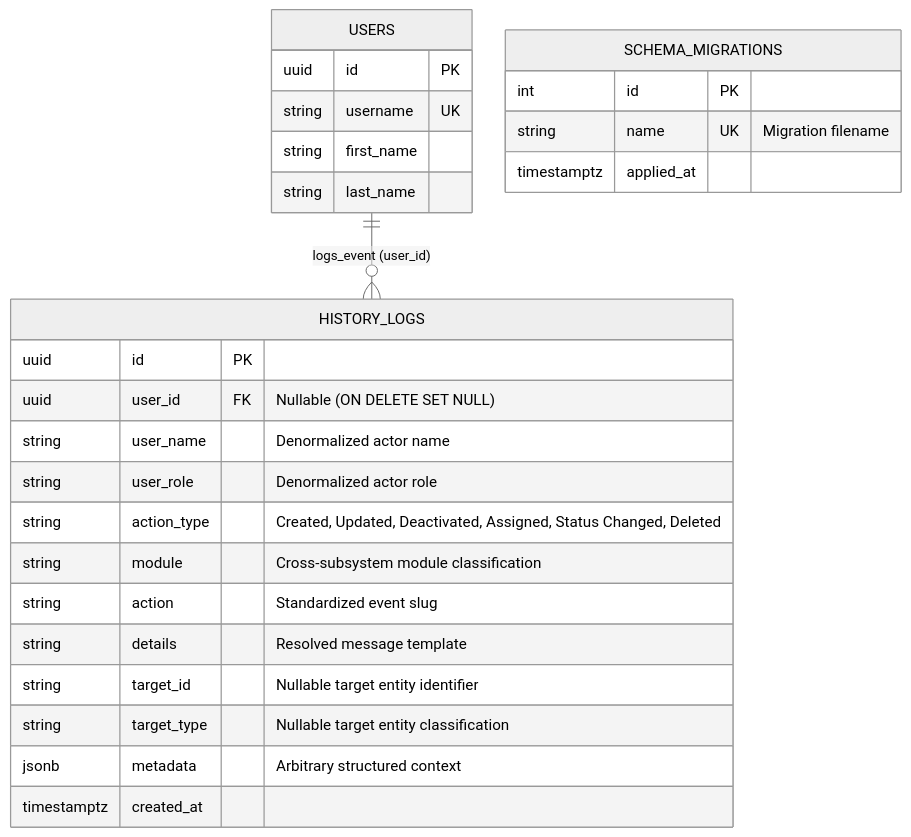
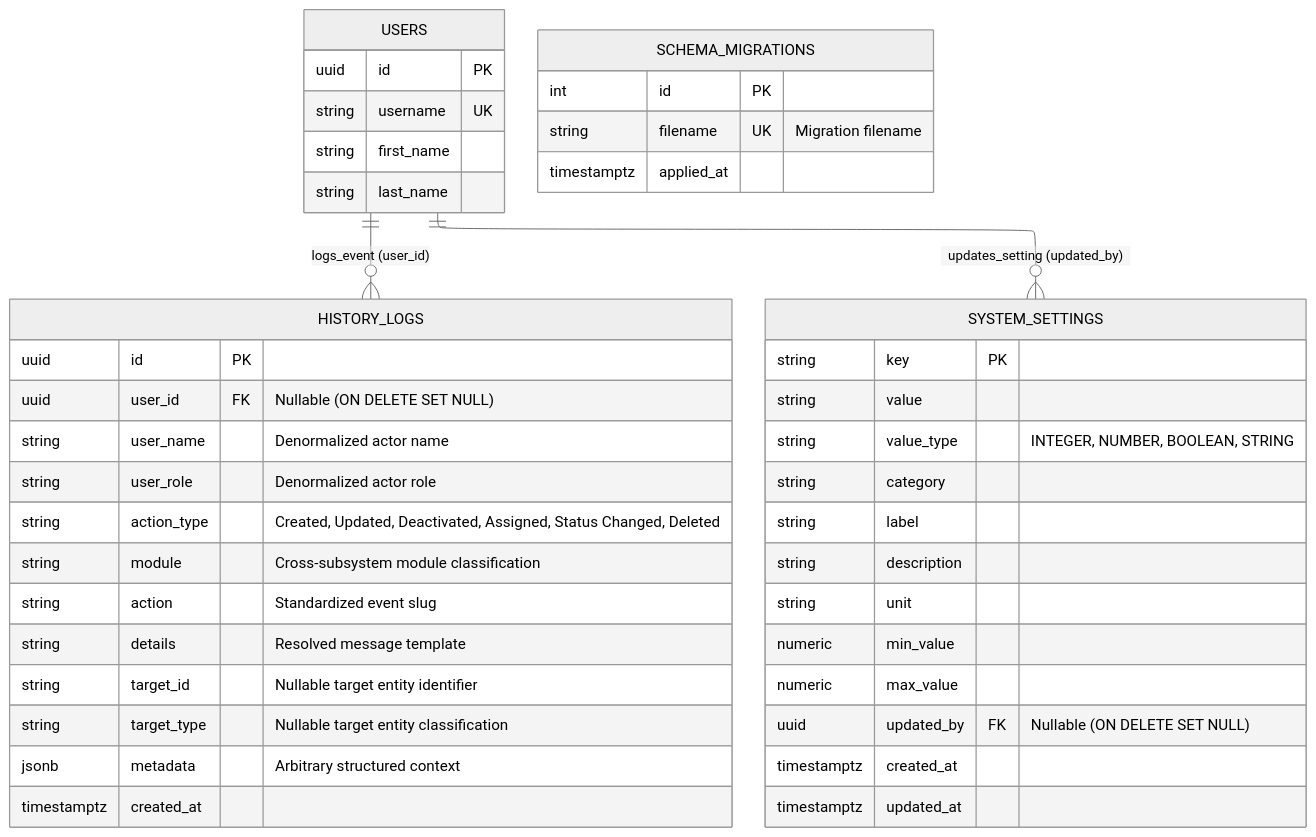
One commit to madayawgas/madayawgas-backend changed the diagram in docs/ERD_mermaid/system_logic_erd.md. Above: the diagram before and after it, drawn with Mermaid. The commit also changed other lines of this file and 15 other files, not shown here.

````diff
--- a/docs/ERD_mermaid/system_logic_erd.md
+++ b/docs/ERD_mermaid/system_logic_erd.md
@@ -11,51 +11,67 @@
 ```mermaid
 ---
 config:
   layout: elk
   theme: neutral
 ---
 
 erDiagram
 
     %% ==========================================
     %% EXTERNAL SUBSYSTEM BOUNDARY STUB
     %% ==========================================
 
     USERS {
         uuid id PK
         string username UK
         string first_name
         string last_name
     }
 
     %% ==========================================
     %% SYSTEM LOGIC & INFRASTRUCTURE TABLES
     %% ==========================================
 
     HISTORY_LOGS {
         uuid id PK
         uuid user_id FK "Nullable (ON DELETE SET NULL)"
         string user_name "Denormalized actor name"
         string user_role "Denormalized actor role"
         string action_type "Created, Updated, Deactivated, Assigned, Status Changed, Deleted"
         string module "Cross-subsystem module classification"
         string action "Standardized event slug"
         string details "Resolved message template"
         string target_id "Nullable target entity identifier"
         string target_type "Nullable target entity classification"
         jsonb metadata "Arbitrary structured context"
         timestamptz created_at
     }
 
+    SYSTEM_SETTINGS {
+        string key PK
+        string value
+        string value_type "INTEGER, NUMBER, BOOLEAN, STRING"
+        string category
+        string label
+        string description
+        string unit
+        numeric min_value
+        numeric max_value
+        uuid updated_by FK "Nullable (ON DELETE SET NULL)"
+        timestamptz created_at
+        timestamptz updated_at
+    }
+
     SCHEMA_MIGRATIONS {
         int id PK
-        string name UK "Migration filename"
+        string filename UK "Migration filename"
         timestamptz applied_at
     }
 
     %% ==========================================
     %% RELATIONSHIPS
     %% ==========================================
 
     USERS ||--o{ HISTORY_LOGS : "logs_event (user_id)"
+    USERS ||--o{ SYSTEM_SETTINGS : "updates_setting (updated_by)"
 ```
````
